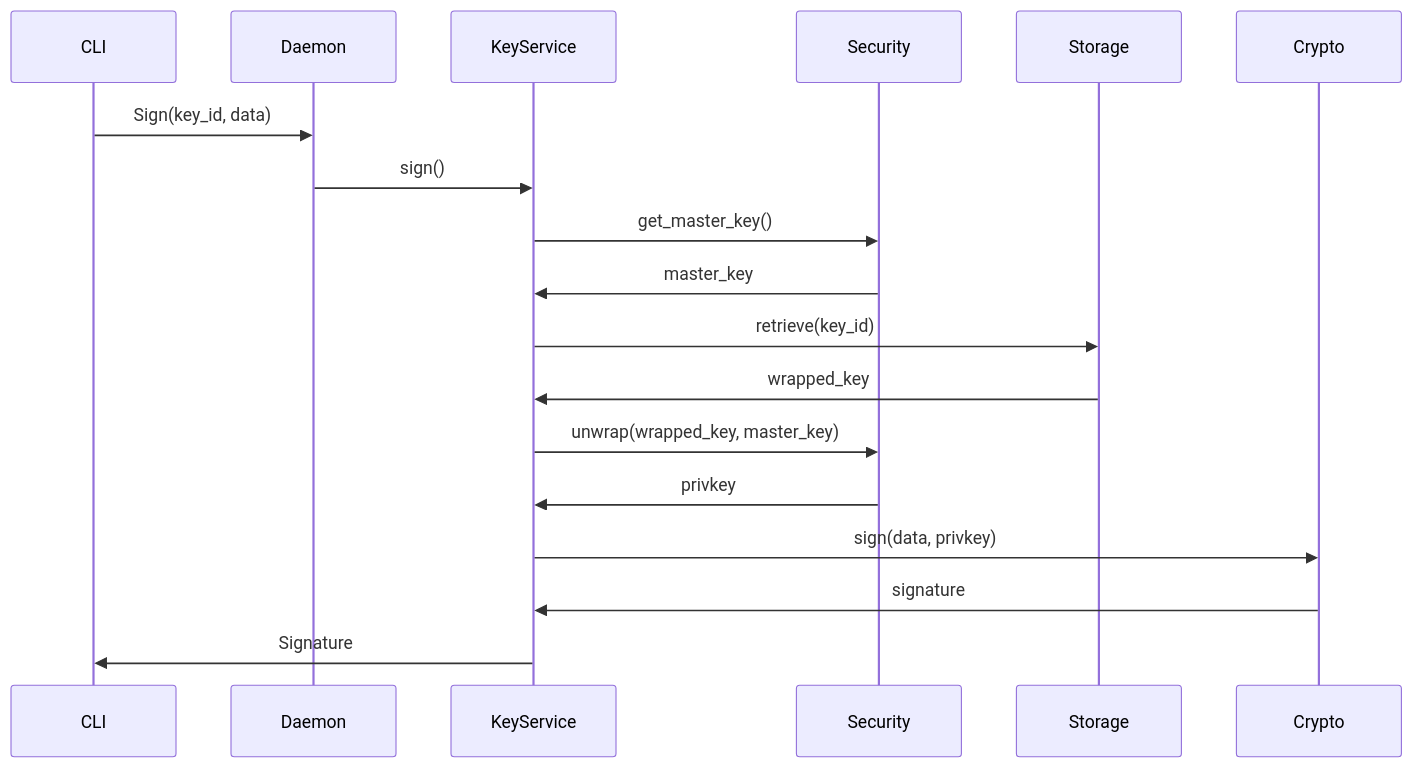
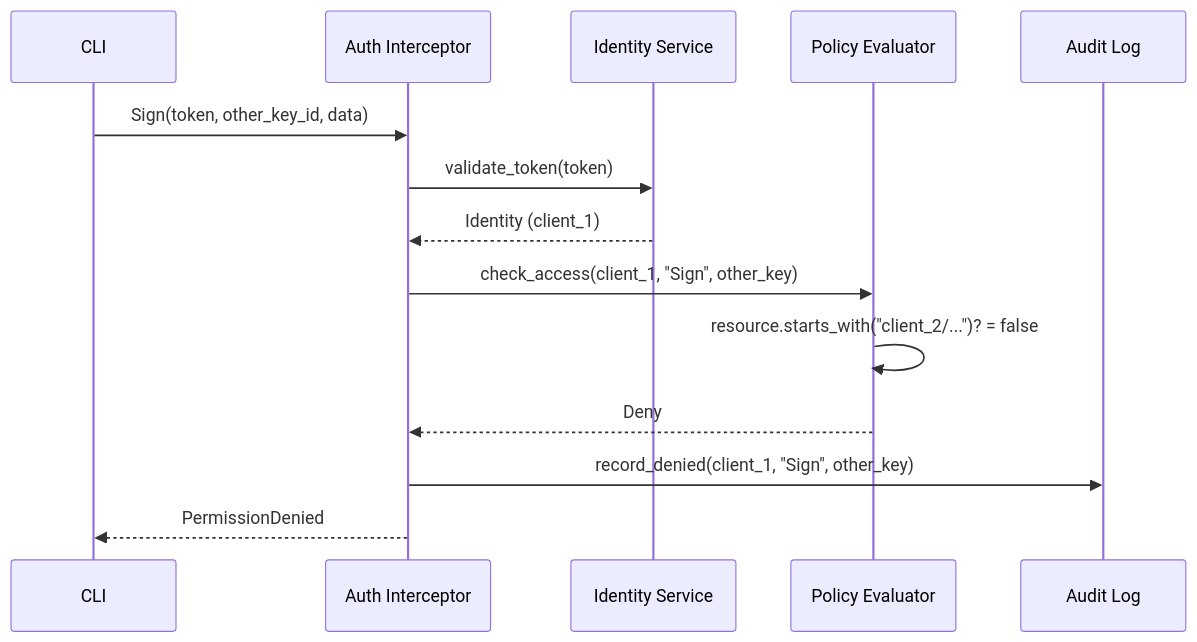
The fourth of 4 diagrams in docs/ARCHITECTURE.md (ehanoc/softKMS), drawn with Mermaid before and after one commit. The commit also changed other lines of this file and 23 other files, not shown here.

Commit message:
docs: Auth, Identity, Role and Access Policies. Humans, Agents, Services. chore: fix tests

````diff
--- a/docs/ARCHITECTURE.md
+++ b/docs/ARCHITECTURE.md
@@ -276,20 +353,17 @@
 ```mermaid
 sequenceDiagram
     participant CLI
-    participant Daemon
-    participant KeyService
-    participant Security
-    participant Storage
+    participant Auth as Auth Interceptor
+    participant ID as Identity Service
+    participant POL as Policy Evaluator
+    participant Audit as Audit Log
     
-    CLI->>Daemon: Sign(key_id, data)
-    Daemon->>KeyService: sign()
-    KeyService->>Security: get_master_key()
-    Security->>KeyService: master_key
-    KeyService->>Storage: retrieve(key_id)
-    Storage->>KeyService: wrapped_key
-    KeyService->>Security: unwrap(wrapped_key, master_key)
-    Security->>KeyService: privkey
-    KeyService->>Crypto: sign(data, privkey)
-    Crypto->>KeyService: signature
-    KeyService->>CLI: Signature
+    CLI->>Auth: Sign(token, other_key_id, data)
+    Auth->>ID: validate_token(token)
+    ID-->>Auth: Identity (client_1)
+    Auth->>POL: check_access(client_1, "Sign", other_key)
+    POL->>POL: resource.starts_with("client_2/...")? = false
+    POL-->>Auth: Deny
+    Auth->>Audit: record_denied(client_1, "Sign", other_key)
+    Auth-->>CLI: PermissionDenied
 ```
````
